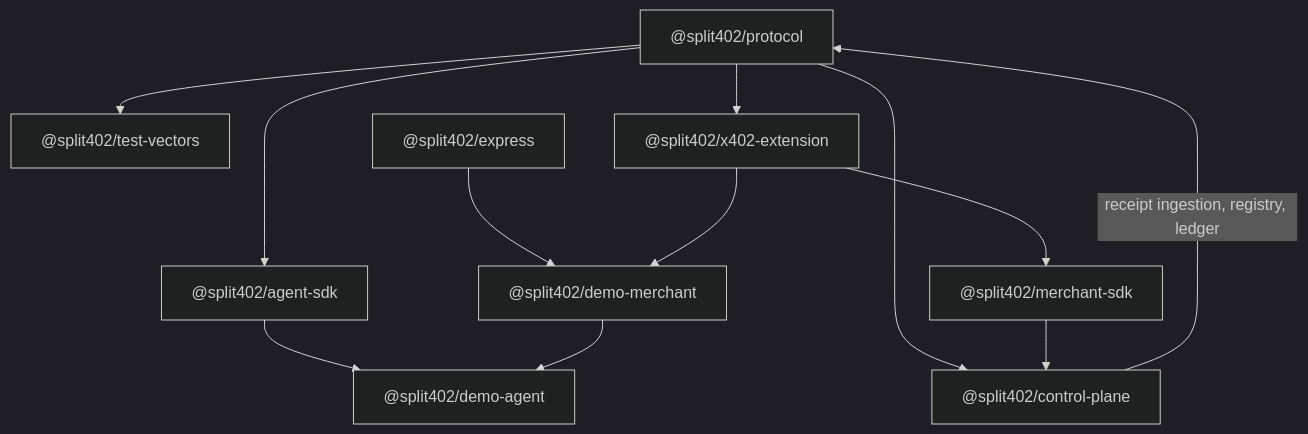
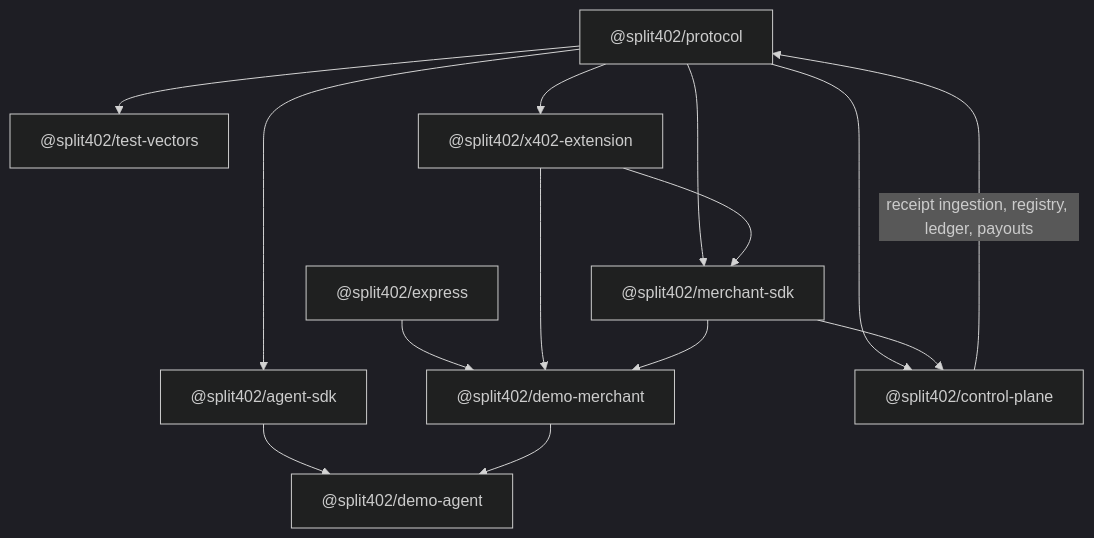
Before and after one commit to split402protocol/splitx402: the fourth of 6 diagrams in README.md, drawn with Mermaid (dark theme). The commit also changed other lines of this file and 22 other files, not shown here.

````diff
--- a/README.md
+++ b/README.md
@@ -181,24 +143,26 @@
 ```mermaid
 flowchart TB
   Protocol["@split402/protocol"]
   Vectors["@split402/test-vectors"]
   Extension["@split402/x402-extension"]
   Express["@split402/express"]
   Agent["@split402/agent-sdk"]
   MerchantSdk["@split402/merchant-sdk"]
   Merchant["@split402/demo-merchant"]
   DemoAgent["@split402/demo-agent"]
   Control["@split402/control-plane"]
 
   Protocol --> Vectors
   Protocol --> Extension
   Protocol --> Agent
+  Protocol --> MerchantSdk
   Protocol --> Control
   Express --> Merchant
   Extension --> Merchant
   Extension --> MerchantSdk
   Agent --> DemoAgent
+  MerchantSdk --> Merchant
   MerchantSdk --> Control
   Merchant --> DemoAgent
-  Control -->|"receipt ingestion, registry, ledger"| Protocol
+  Control -->|"receipt ingestion, registry, ledger, payouts"| Protocol
 ```
````
